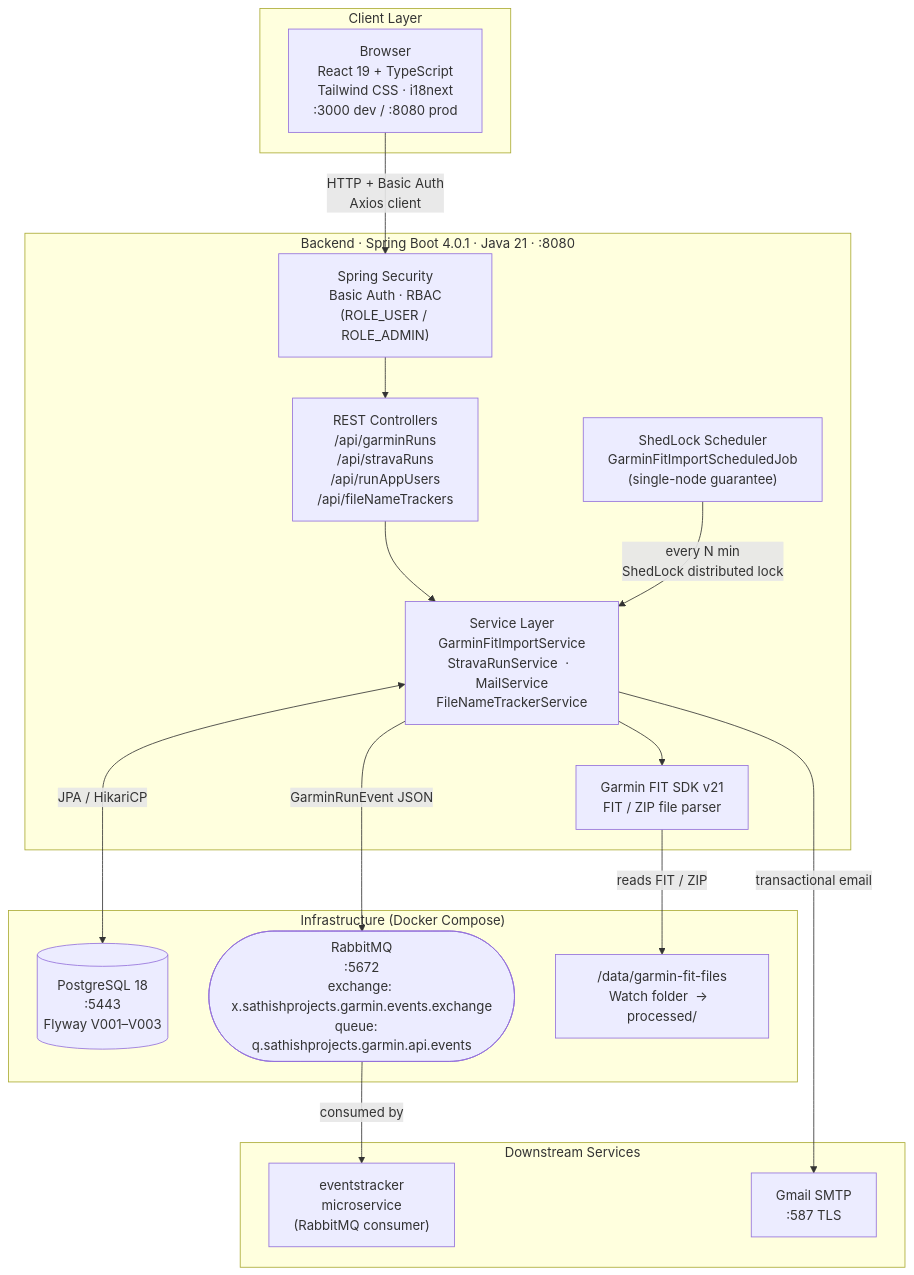
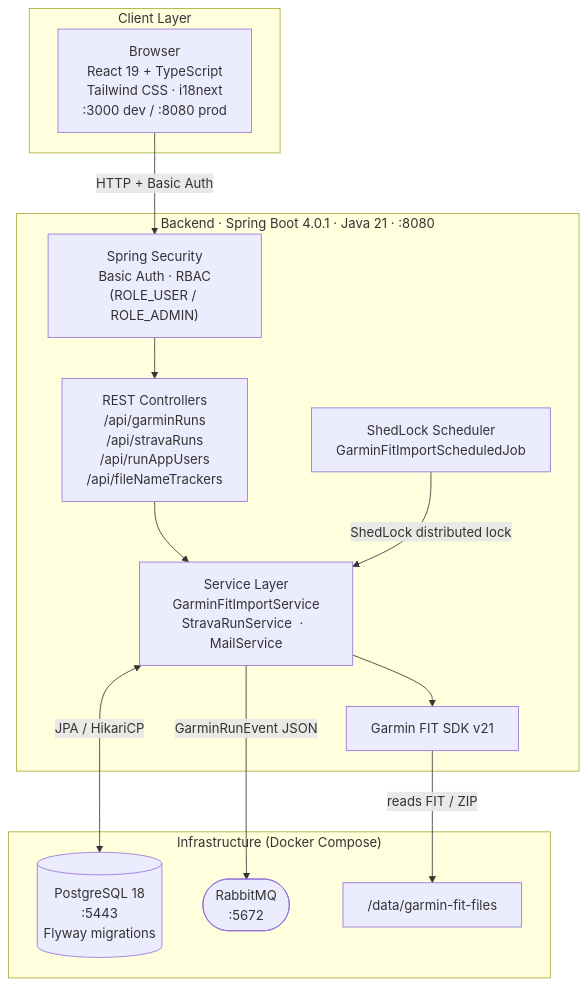
One commit to sathishjayapal/runs-app changed the diagram in README.md. Above: the diagram before and after it, drawn with Mermaid. The commit also changed other lines of this file and 12 other files, not shown here.

````diff
--- a/README.md
+++ b/README.md
@@ -34,36 +11,29 @@
 ```mermaid
 graph TB
     subgraph client["Client Layer"]
         BROWSER["Browser\nReact 19 + TypeScript\nTailwind CSS · i18next\n:3000 dev / :8080 prod"]
     end
 
     subgraph backend["Backend  ·  Spring Boot 4.0.1  ·  Java 21  ·  :8080"]
         SEC["Spring Security\nBasic Auth · RBAC\n(ROLE_USER / ROLE_ADMIN)"]
         API["REST Controllers\n/api/garminRuns\n/api/stravaRuns\n/api/runAppUsers\n/api/fileNameTrackers"]
-        SVC["Service Layer\nGarminFitImportService\nStravaRunService  ·  MailService\nFileNameTrackerService"]
-        SCHED["ShedLock Scheduler\nGarminFitImportScheduledJob\n(single-node guarantee)"]
-        SDK["Garmin FIT SDK v21\nFIT / ZIP file parser"]
+        SVC["Service Layer\nGarminFitImportService\nStravaRunService  ·  MailService"]
+        SCHED["ShedLock Scheduler\nGarminFitImportScheduledJob"]
+        SDK["Garmin FIT SDK v21"]
     end
 
     subgraph infra["Infrastructure  (Docker Compose)"]
-        DB[("PostgreSQL 18\n:5443\nFlyway V001–V003")]
-        MQ(["RabbitMQ\n:5672\nexchange: x.sathishprojects.garmin.events.exchange\nqueue:   q.sathishprojects.garmin.api.events"])
-        FS["/data/garmin-fit-files\nWatch folder  →  processed/"]
+        DB[("PostgreSQL 18\n:5443\nFlyway migrations")]
+        MQ(["RabbitMQ\n:5672"])
+        FS["/data/garmin-fit-files"]
     end
 
-    subgraph downstream["Downstream Services"]
-        EVT["eventstracker\nmicroservice\n(RabbitMQ consumer)"]
-        SMTP["Gmail SMTP\n:587 TLS"]
-    end
-
-    BROWSER -->|"HTTP + Basic Auth\nAxios client"| SEC
+    BROWSER -->|"HTTP + Basic Auth"| SEC
     SEC --> API
     API --> SVC
     SVC <-->|"JPA / HikariCP"| DB
-    SCHED -->|"every N min\nShedLock distributed lock"| SVC
+    SCHED -->|"ShedLock distributed lock"| SVC
     SVC --> SDK
     SDK -->|"reads FIT / ZIP"| FS
     SVC -->|"GarminRunEvent JSON"| MQ
-    MQ -->|"consumed by"| EVT
-    SVC -->|"transactional email"| SMTP
 ```
````
